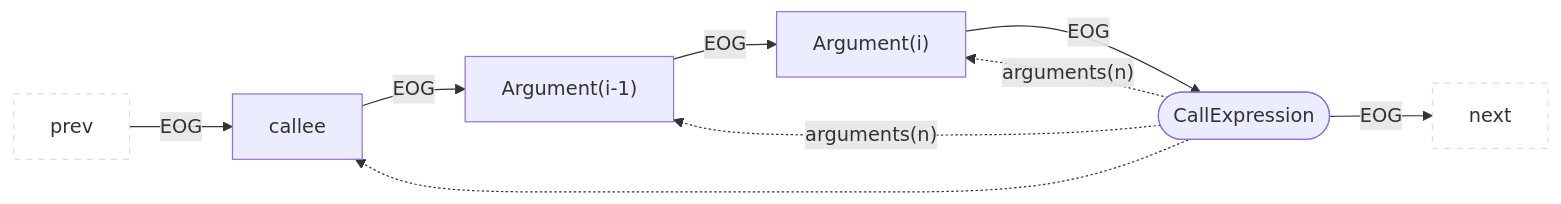
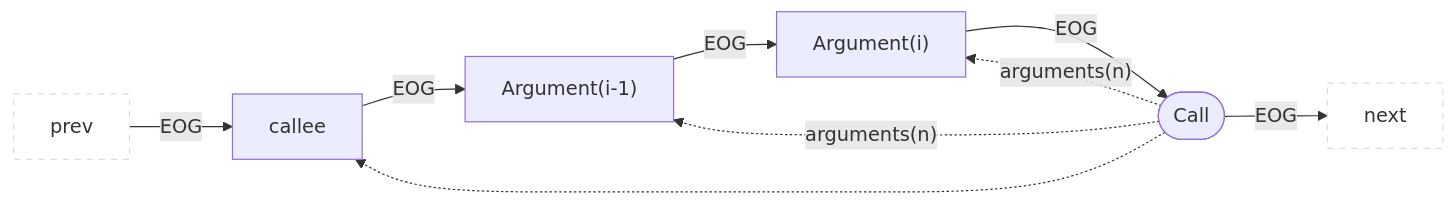
The sixth of 49 diagrams in docs/docs/CPG/specs/eog.md (Fraunhofer-AISEC/cpg), drawn with Mermaid before and after one commit. The commit also changed other lines of this file and 403 other files, not shown here.

````diff
--- a/docs/docs/CPG/specs/eog.md
+++ b/docs/docs/CPG/specs/eog.md
@@ -142,12 +142,12 @@
 ```mermaid
 flowchart LR
   classDef outer fill:#fff,stroke:#ddd,stroke-dasharray:5 5;
   prev:::outer --EOG--> child["callee"]
-  parent(["CallExpression"]) --EOG--> next:::outer
+  parent(["Call"]) --EOG--> next:::outer
   child --EOG--> arg1["Argument(i-1)"]
   arg1--EOG--> arg2["Argument(i)"]
   arg2["Argument(i)"] --EOG--> parent
   parent -.-> child
   parent -."arguments(n)".-> arg1
   parent -."arguments(n)".-> arg2
 ```
````
